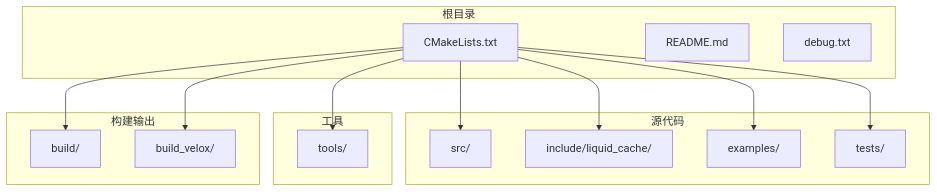
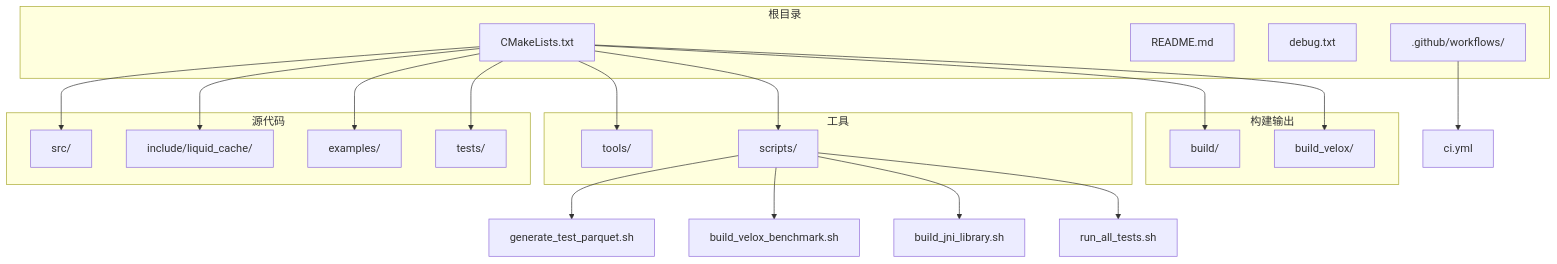
The first of 6 diagrams in .qoder/repowiki/zh/content/开发工具与实用程序.md (tenglei/liquidCacheVelox), drawn with Mermaid before and after one commit. The commit also changed other lines of this file and 3 other files, not shown here.

````diff
--- a/.qoder/repowiki/zh/content/开发工具与实用程序.md
+++ b/.qoder/repowiki/zh/content/开发工具与实用程序.md
@@ -48,28 +55,36 @@
 ```mermaid
 graph TB
 subgraph "根目录"
 A[CMakeLists.txt]
 B[README.md]
 C[debug.txt]
+D[.github/workflows/]
 end
 subgraph "源代码"
-D[src/]
-E[include/liquid_cache/]
-F[examples/]
-G[tests/]
+E[src/]
+F[include/liquid_cache/]
+G[examples/]
+H[tests/]
 end
 subgraph "工具"
-H[tools/]
+I[tools/]
+J[scripts/]
 end
 subgraph "构建输出"
-I[build/]
-J[build_velox/]
+K[build/]
+L[build_velox/]
 end
-A --> D
 A --> E
 A --> F
 A --> G
 A --> H
 A --> I
 A --> J
+A --> K
+A --> L
+D --> M[ci.yml]
+J --> N[generate_test_parquet.sh]
+J --> O[build_velox_benchmark.sh]
+J --> P[build_jni_library.sh]
+J --> Q[run_all_tests.sh]
 ```
````
